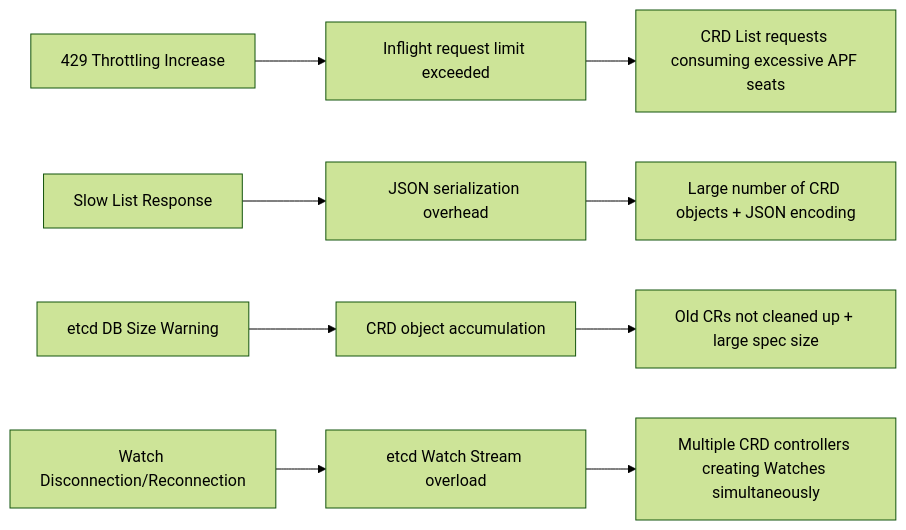
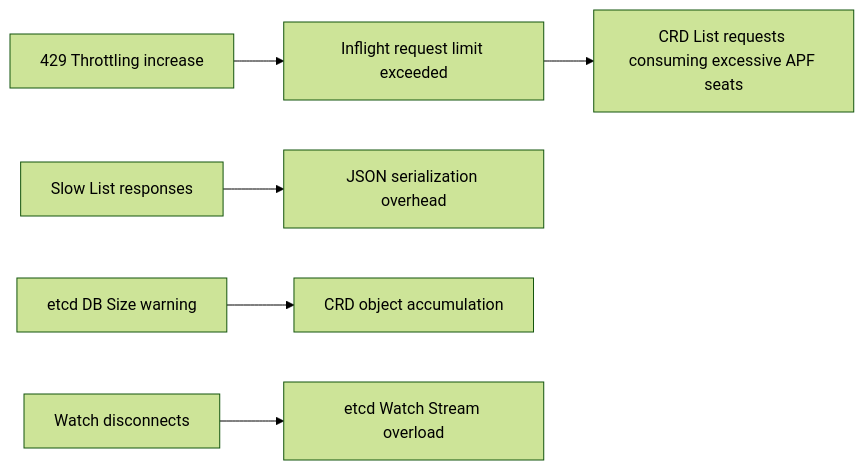
One commit to devfloor9/engineering-playbook changed the diagram in i18n/en/docusaurus-plugin-content-docs/current/eks-best-practices/control-plane-scaling/eks-control-plane-crd-scaling.md. Above: the diagram before and after it, drawn with Mermaid (forest theme). The commit also changed other lines of this file and 95 other files, not shown here.

````diff
--- a/i18n/en/docusaurus-plugin-content-docs/current/eks-best-practices/control-plane-scaling/eks-control-plane-crd-scaling.md
+++ b/i18n/en/docusaurus-plugin-content-docs/current/eks-best-practices/control-plane-scaling/eks-control-plane-crd-scaling.md
@@ -243,14 +114,8 @@
 ```mermaid
 flowchart LR
-    A[429 Throttling Increase] --> B[Inflight request limit exceeded]
+    A[429 Throttling increase] --> B[Inflight request limit exceeded]
     B --> C[CRD List requests consuming excessive APF seats]
-
-    D[Slow List Response] --> E[JSON serialization overhead]
-    E --> F[Large number of CRD objects + JSON encoding]
-
-    G[etcd DB Size Warning] --> H[CRD object accumulation]
-    H --> I[Old CRs not cleaned up + large spec size]
-
-    J[Watch Disconnection/Reconnection] --> K[etcd Watch Stream overload]
-    K --> L[Multiple CRD controllers creating Watches simultaneously]
+    D[Slow List responses] --> E[JSON serialization overhead]
+    G[etcd DB Size warning] --> H[CRD object accumulation]
+    J[Watch disconnects] --> K[etcd Watch Stream overload]
 ```
````
